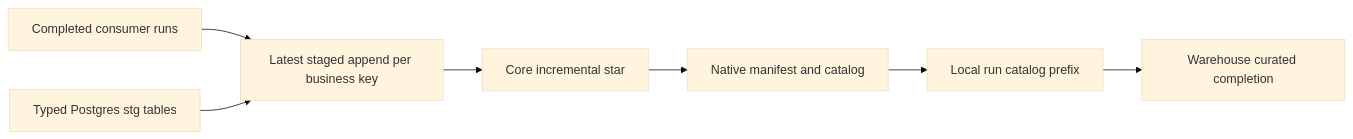
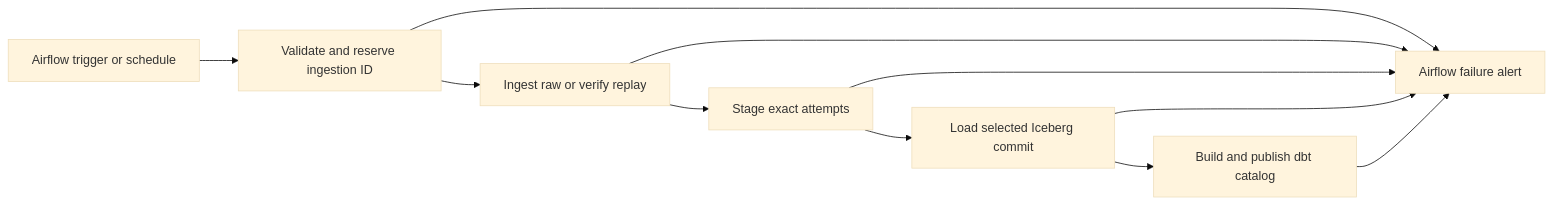
The diagram in IMPLEMENTATION_CONTRACT.md (gsanchez2141/world-bank-poc), drawn with Mermaid (base theme) before and after one commit. The commit also changed other lines of this file and 21 other files, not shown here.

````diff
--- a/IMPLEMENTATION_CONTRACT.md
+++ b/IMPLEMENTATION_CONTRACT.md
@@ -85,9 +73,13 @@
 ```mermaid
 flowchart LR
-    Ledger[Completed consumer runs] --> Recent[Latest staged append per business key]
-    Stage[Typed Postgres stg tables] --> Recent
-    Recent --> Star[Core incremental star]
-    Star --> Docs[Native manifest and catalog]
-    Docs --> S3[Local run catalog prefix]
-    S3 --> Completion[Warehouse curated completion]
+    Run[Airflow trigger or schedule] --> Gate[Validate and reserve ingestion ID]
+    Gate --> Ingest[Ingest raw or verify replay]
+    Ingest --> Stage[Stage exact attempts]
+    Stage --> Consumer[Load selected Iceberg commit]
+    Consumer --> Curated[Build and publish dbt catalog]
+    Gate --> Fail[Airflow failure alert]
+    Ingest --> Fail
+    Stage --> Fail
+    Consumer --> Fail
+    Curated --> Fail
 ```
````
